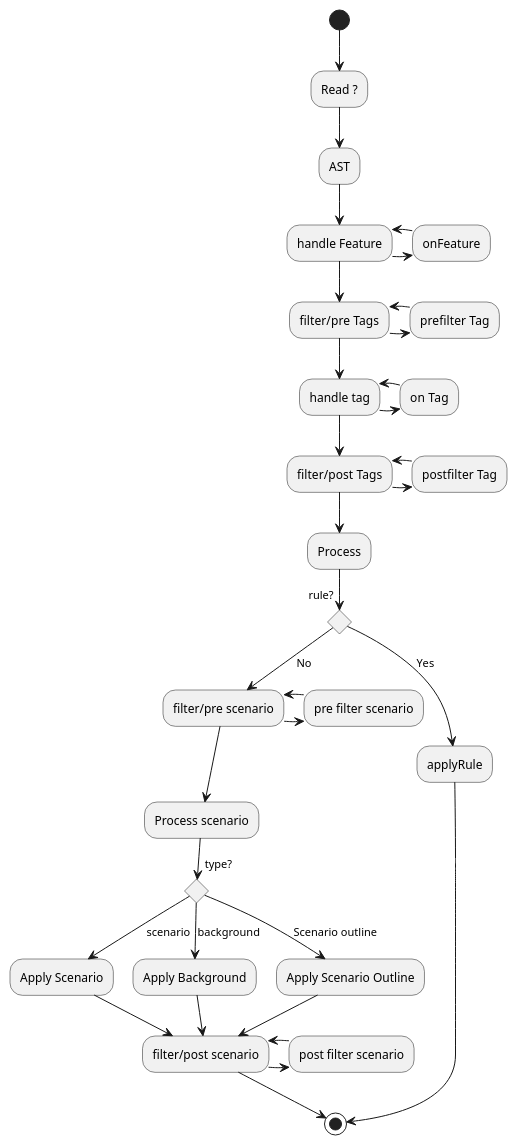
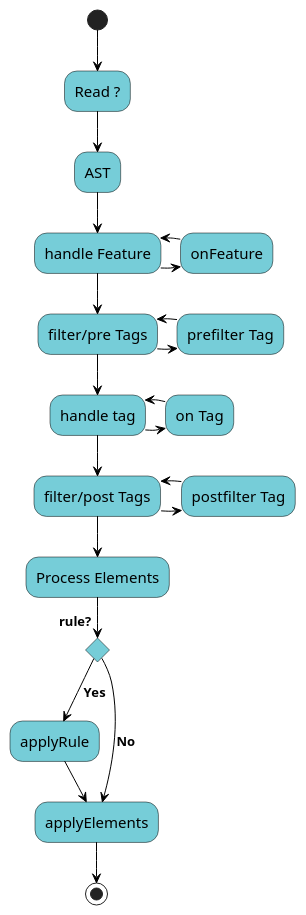
Before and after one commit to gherking/gherking-docs: the diagram in src/data/feature.puml, drawn with PlantUML. The commit also changed 11 other files, not shown here.

Commit message:
plantuml visualization of the precompiler

```diff
--- a/src/data/feature.puml
+++ b/src/data/feature.puml
@@ -1,37 +1,33 @@
 @startuml
+skinparam activity {
+BackgroundColor #76CDD8
+ArrowColor black
+ArrowFontSize 13
+ArrowFontStyle bold
+ArrowFontName Segoe UI
+BorderColor black
+FontName Segoe UI
+FontSize 15
+}
 (*) --> "Read ?"
 --> "AST"
 --> "handle Feature"
 -right-> "onFeature"
 -left-> "handle Feature"
 --> "filter/pre Tags"
 -right-> "prefilter Tag"
 -left-> "filter/pre Tags"
 --> "handle tag"
 -right-> "on Tag"
 -left-> "handle tag"
 --> "filter/post Tags"
 -right-> "postfilter Tag"
 -left-> "filter/post Tags"
---> "Process"
+--> "Process Elements"
 If "rule?"
 --> [Yes] "applyRule"
+--> "applyElements"
+else
+--> [No] "applyElements"
 --> (*)
-else
---> [No] "filter/pre scenario"
--right-> "pre filter scenario"
--left-> "filter/pre scenario"
---> "Process scenario"
-If "type?"
---> [scenario] "Apply Scenario"
---> "filter/post scenario"
--right-> "post filter scenario"
--left-> "filter/post scenario"
---> (*)
-else
--->[background] "Apply Background"
---> "filter/post scenario"
-else 
--->[Scenario outline] "Apply Scenario Outline"
---> "filter/post scenario"
 @enduml
```
